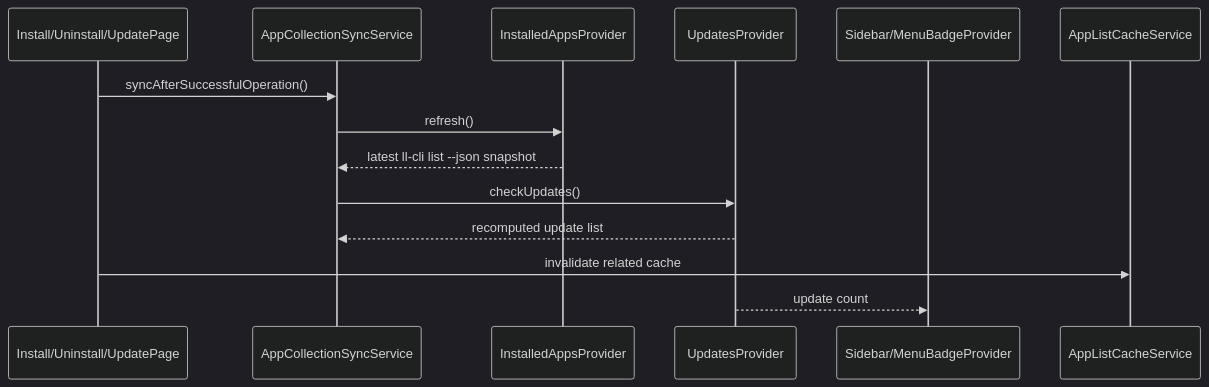
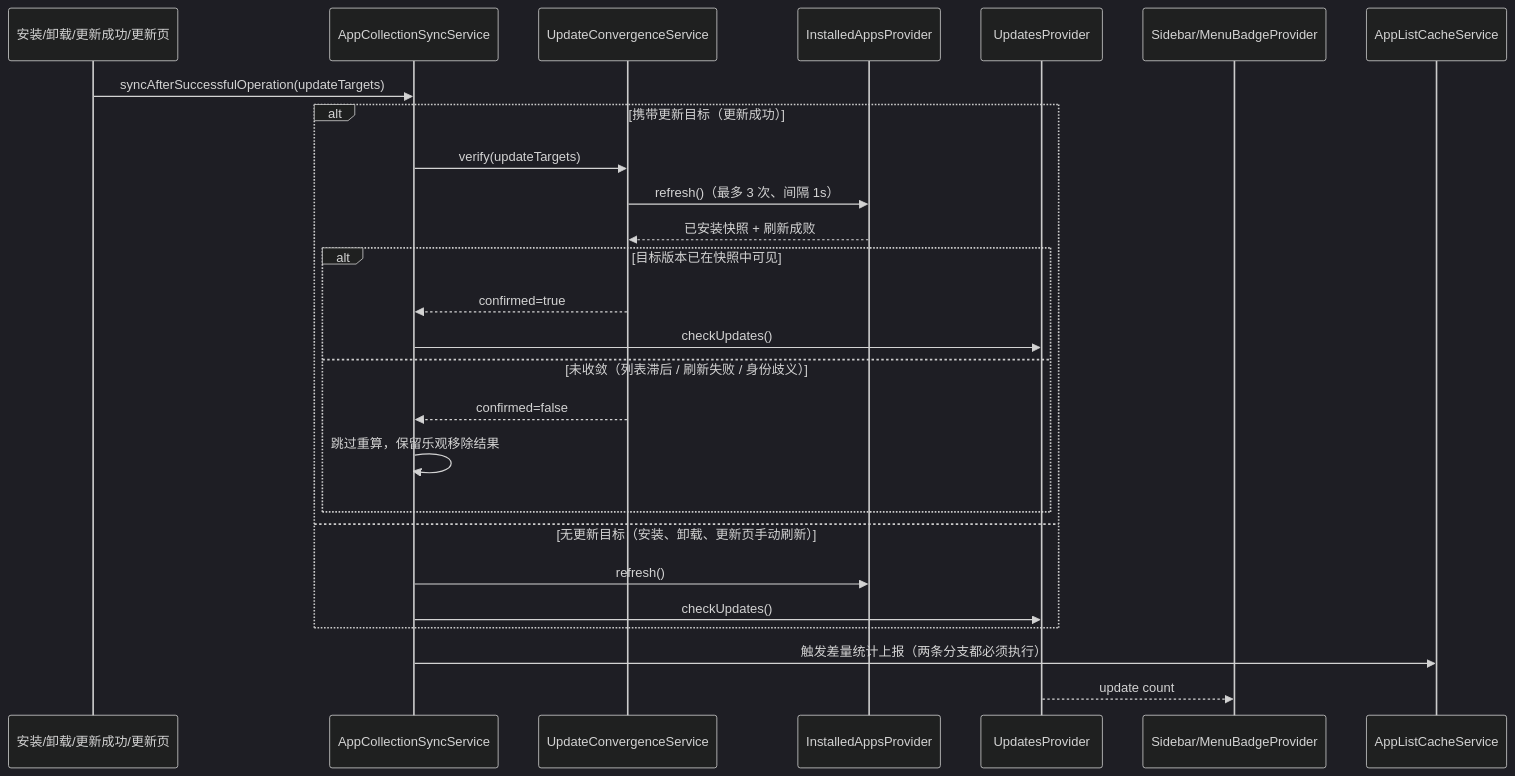
One commit to HanHan666666/flutter-linglong-store changed diagram 14 of 17 in docs/07-runtime-sequence-and-state-diagrams.md. Above: the diagram before and after it, drawn with Mermaid (dark theme). The commit also changed other lines of this file and 2 other files, not shown here.

Commit message:
docs: 补充更新成功后收敛确认设计

````diff
--- a/docs/07-runtime-sequence-and-state-diagrams.md
+++ b/docs/07-runtime-sequence-and-state-diagrams.md
@@ -561,17 +561,29 @@
 ```mermaid
 sequenceDiagram
-    participant Action as Install/Uninstall/UpdatePage
+    participant Action as 安装/卸载/更新成功/更新页
     participant Sync as AppCollectionSyncService
+    participant Converge as UpdateConvergenceService
     participant Installed as InstalledAppsProvider
     participant Updates as UpdatesProvider
     participant Menu as Sidebar/MenuBadgeProvider
     participant Cache as AppListCacheService
 
-    Action->>Sync: syncAfterSuccessfulOperation()
-    Sync->>Installed: refresh()
-    Installed-->>Sync: latest ll-cli list --json snapshot
-    Sync->>Updates: checkUpdates()
-    Updates-->>Sync: recomputed update list
-    Action->>Cache: invalidate related cache
+    Action->>Sync: syncAfterSuccessfulOperation(updateTargets)
+    alt 携带更新目标（更新成功）
+        Sync->>Converge: verify(updateTargets)
+        Converge->>Installed: refresh()（最多 3 次、间隔 1s）
+        Installed-->>Converge: 已安装快照 + 刷新成败
+        alt 目标版本已在快照中可见
+            Converge-->>Sync: confirmed=true
+            Sync->>Updates: checkUpdates()
+        else 未收敛（列表滞后 / 刷新失败 / 身份歧义）
+            Converge-->>Sync: confirmed=false
+            Sync->>Sync: 跳过重算，保留乐观移除结果
+        end
+    else 无更新目标（安装、卸载、更新页手动刷新）
+        Sync->>Installed: refresh()
+        Sync->>Updates: checkUpdates()
+    end
+    Sync->>Cache: 触发差量统计上报（两条分支都必须执行）
     Updates-->>Menu: update count
 ```
````
